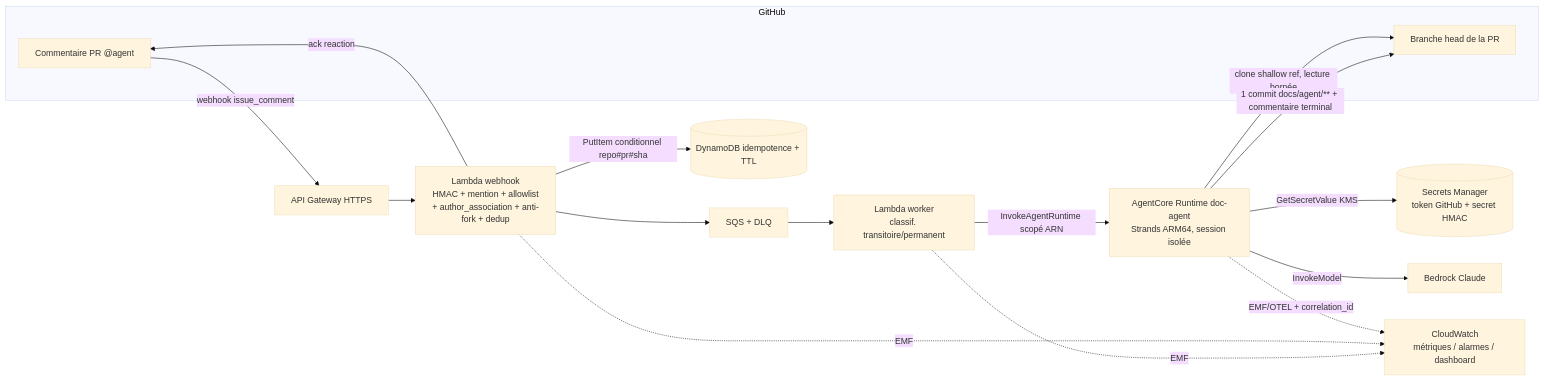
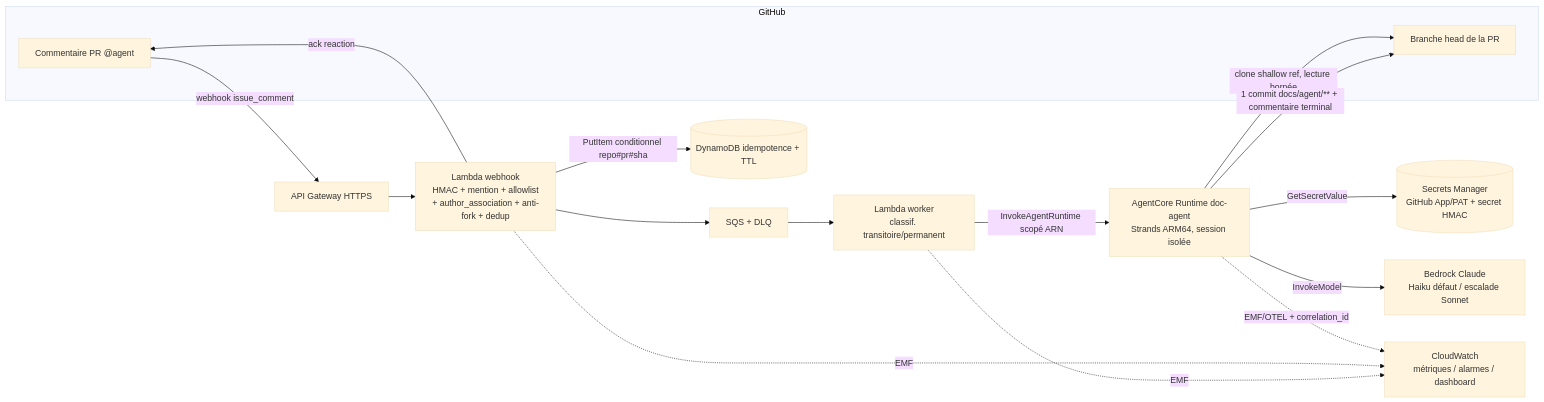
Before and after one commit to FestiFete/agent-technical-doc: the diagram in .kiro/specs/agent-technical-doc/design.md, drawn with Mermaid (base theme). The commit also changed other lines of this file and 7 other files, not shown here.

````diff
--- a/.kiro/specs/agent-technical-doc/design.md
+++ b/.kiro/specs/agent-technical-doc/design.md
@@ -22,21 +22,21 @@
 ```mermaid
 flowchart LR
     subgraph GH[GitHub]
       C["Commentaire PR @agent"]
       PR["Branche head de la PR"]
     end
     C -->|webhook issue_comment| APIGW[API Gateway HTTPS]
     APIGW --> WL["Lambda webhook<br/>HMAC + mention + allowlist<br/>+ author_association + anti-fork + dedup"]
     WL -->|PutItem conditionnel repo#pr#sha| DDB[(DynamoDB idempotence + TTL)]
     WL -->|ack reaction| C
     WL --> SQS[SQS + DLQ]
     SQS --> WK["Lambda worker<br/>classif. transitoire/permanent"]
     WK -->|InvokeAgentRuntime scopé ARN| RT["AgentCore Runtime doc-agent<br/>Strands ARM64, session isolée"]
-    RT -->|GetSecretValue KMS| SM[(Secrets Manager<br/>token GitHub + secret HMAC)]
+    RT -->|GetSecretValue| SM[(Secrets Manager<br/>GitHub App/PAT + secret HMAC)]
     RT -->|clone shallow ref, lecture bornée| PR
-    RT -->|InvokeModel| BR[Bedrock Claude]
+    RT -->|InvokeModel| BR[Bedrock Claude<br/>Haiku défaut / escalade Sonnet]
     RT -->|"1 commit docs/agent/** + commentaire terminal"| PR
     RT -.EMF/OTEL + correlation_id.-> CW[CloudWatch<br/>métriques / alarmes / dashboard]
     WL -.EMF.-> CW
     WK -.EMF.-> CW
 ```
````
